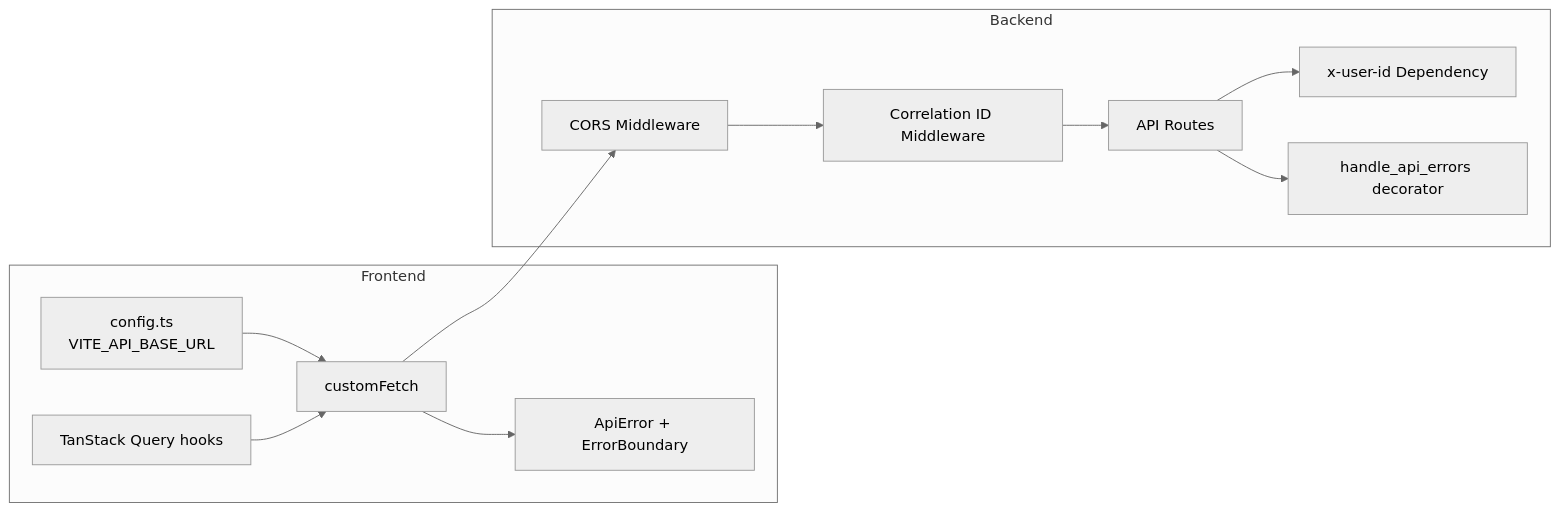
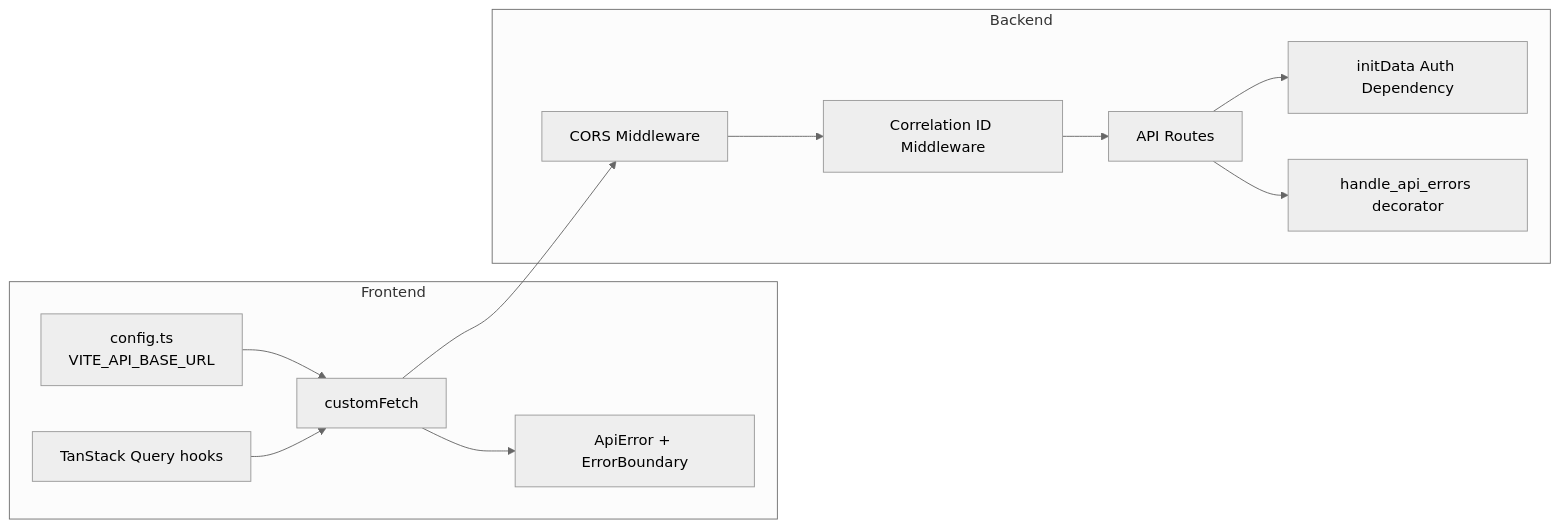
The tenth of 14 diagrams in docs/ARCHITECTURE.md (gofrolist/calorie-track-ai-bot-api), drawn with Mermaid (neutral theme) before and after one commit. The commit also changed other lines of this file and 7 other files, not shown here.

First line of the commit message:
docs: document Telegram initData authentication and rollout

````diff
--- a/docs/ARCHITECTURE.md
+++ b/docs/ARCHITECTURE.md
@@ -524,26 +524,26 @@
 ```mermaid
 graph LR
     subgraph "Frontend"
         CONFIG[config.ts<br/>VITE_API_BASE_URL]
         QUERIES[TanStack Query hooks]
         API_CLIENT[customFetch]
         ERROR_HANDLER[ApiError + ErrorBoundary]
     end
 
     subgraph "Backend"
         CORS[CORS Middleware]
         CORRELATION[Correlation ID Middleware]
-        AUTH_DEP[x-user-id Dependency]
+        AUTH_DEP[initData Auth Dependency]
         API_ROUTES[API Routes]
         ERROR_DECORATOR[handle_api_errors decorator]
     end
 
     CONFIG --> API_CLIENT
     QUERIES --> API_CLIENT
     API_CLIENT --> ERROR_HANDLER
     API_CLIENT --> CORS
     CORS --> CORRELATION
     CORRELATION --> API_ROUTES
     API_ROUTES --> AUTH_DEP
     API_ROUTES --> ERROR_DECORATOR
 ```
````
